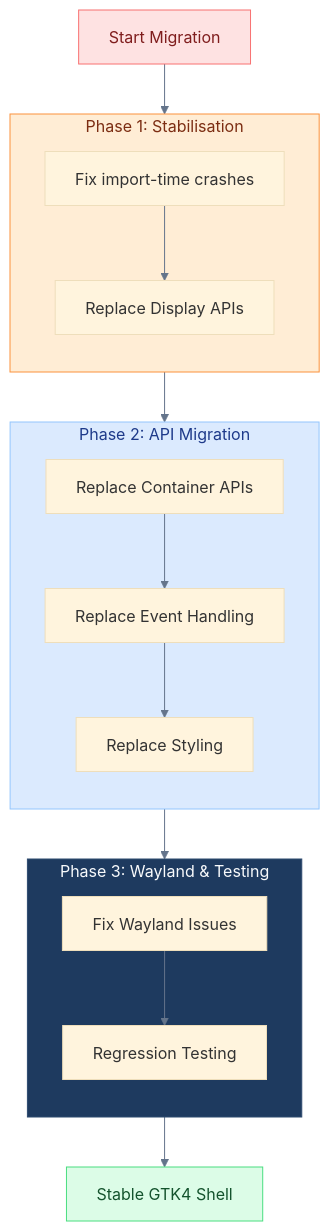
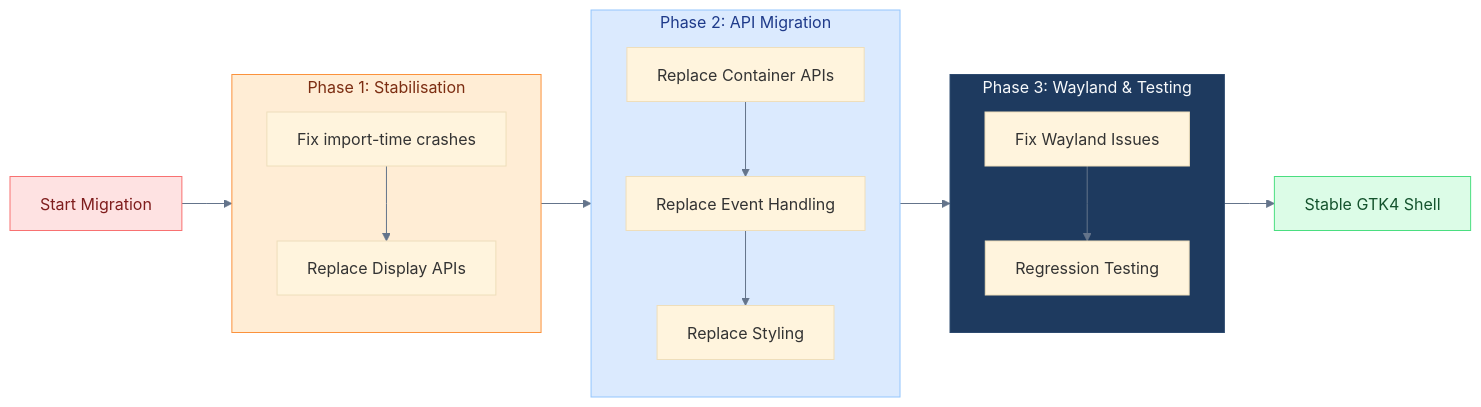
Before and after one commit to Dev10-sys/sugar-proposal-gtk: the seventh of 13 diagrams in proposal.md, drawn with Mermaid.

Commit message:
Refine Implementation Workflow diagram layout to horizontal LR for better document fit

````diff
--- a/proposal.md
+++ b/proposal.md
@@ -553,40 +553,40 @@
 ```mermaid
 %%{init: {'theme': 'base', 'themeVariables': {'lineColor': '#64748b'}, 'flowchart': {'curve': 'linear'}}}%%
-flowchart TD
+flowchart LR
     Start["Start Migration"]
 
     subgraph P1 ["Phase 1: Stabilisation"]
         direction TB
         A["Fix import-time crashes"]
         B["Replace Display APIs"]
         A --> B
     end
 
     subgraph P2 ["Phase 2: API Migration"]
         direction TB
         C["Replace Container APIs"]
         D["Replace Event Handling"]
         E["Replace Styling"]
         C --> D --> E
     end
 
     subgraph P3 ["Phase 3: Wayland & Testing"]
         direction TB
         F["Fix Wayland Issues"]
         G["Regression Testing"]
         F --> G
     end
 
     Done["Stable GTK4 Shell"]
 
     Start --> P1
     P1 --> P2
     P2 --> P3
     P3 --> Done
 
     style Start fill:#fee2e2,stroke:#f87171,color:#7f1d1d
     style Done fill:#dcfce7,stroke:#4ade80,color:#14532d
     style P1 fill:#ffedd5,stroke:#fb923c,color:#7c2d12
     style P2 fill:#dbeafe,stroke:#93c5fd,color:#1e3a8a
     style P3 fill:#1e3a5f,stroke:#2d4a6f,color:#f8fafc
 ```
````
